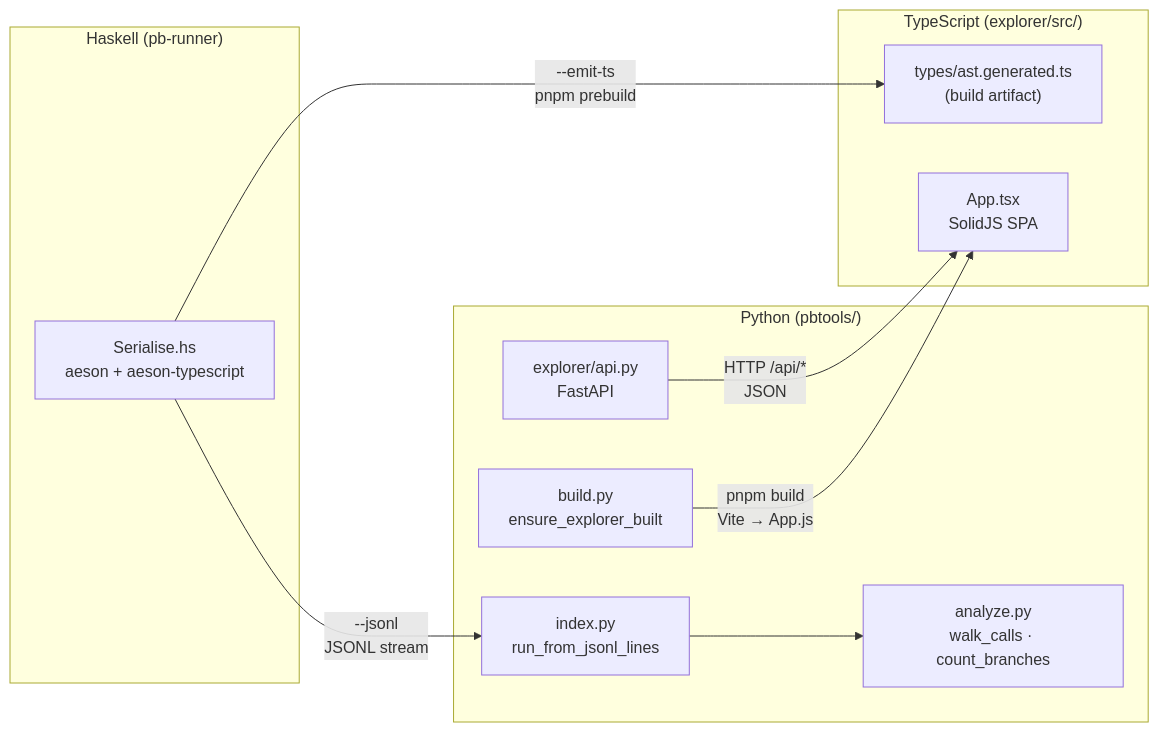
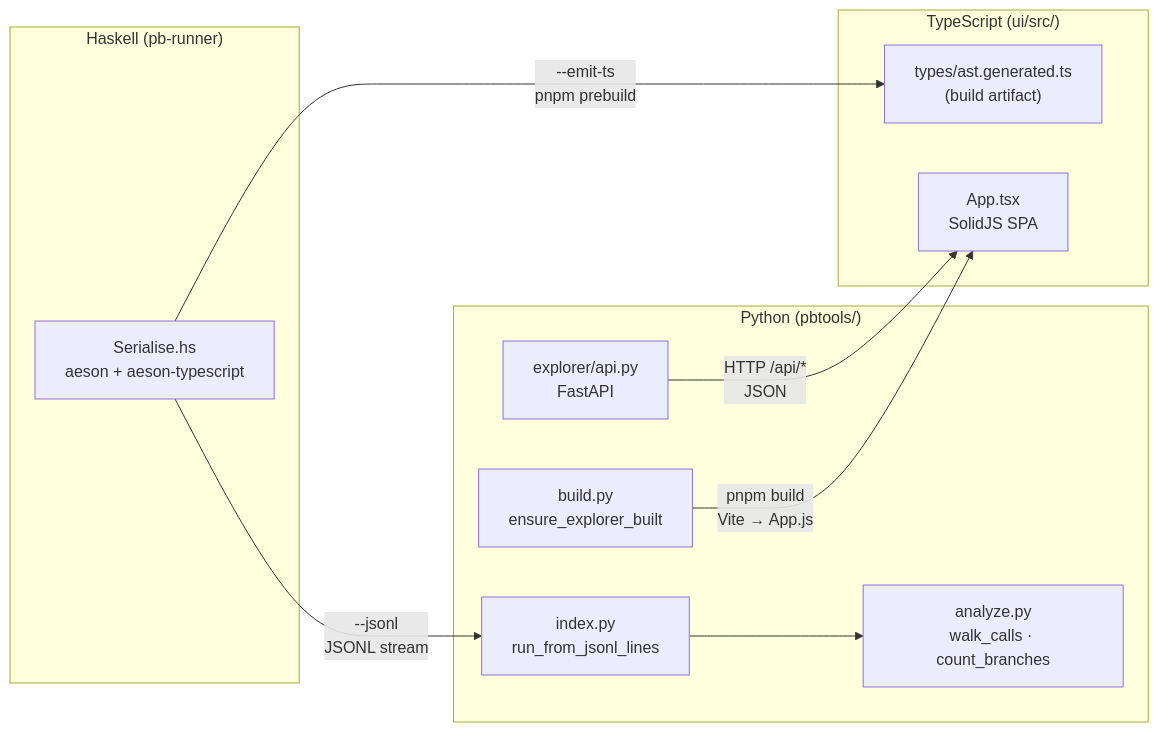
Before and after one commit to thomasmarsh/pb: the second of 2 diagrams in ARCHITECTURE.md, drawn with Mermaid. The commit also changed other lines of this file and 29 other files, not shown here.

First line of the commit message:
refactor(ui): extract TypeScript SPA to top-level ui/ directory

````diff
--- a/ARCHITECTURE.md
+++ b/ARCHITECTURE.md
@@ -92,22 +90,22 @@
 ```mermaid
 flowchart LR
     subgraph Haskell["Haskell (pb-runner)"]
         HS_SER["Serialise.hs\naeson + aeson-typescript"]
     end
     subgraph Python["Python (pbtools/)"]
         PY_BUILD["build.py\nensure_explorer_built"]
         PY_IDX["index.py\nrun_from_jsonl_lines"]
         PY_ANA["analyze.py\nwalk_calls · count_branches"]
         PY_API["explorer/api.py\nFastAPI"]
     end
-    subgraph TS["TypeScript (explorer/src/)"]
+    subgraph TS["TypeScript (ui/src/)"]
         TS_TYPES["types/ast.generated.ts\n(build artifact)"]
         TS_APP["App.tsx\nSolidJS SPA"]
     end
 
     HS_SER -->|"--emit-ts\npnpm prebuild"| TS_TYPES
     HS_SER -->|"--jsonl\nJSONL stream"| PY_IDX
     PY_BUILD -->|"pnpm build\nVite → App.js"| TS_APP
     PY_IDX --> PY_ANA
     PY_API -->|"HTTP /api/*\nJSON"| TS_APP
 ```
````
